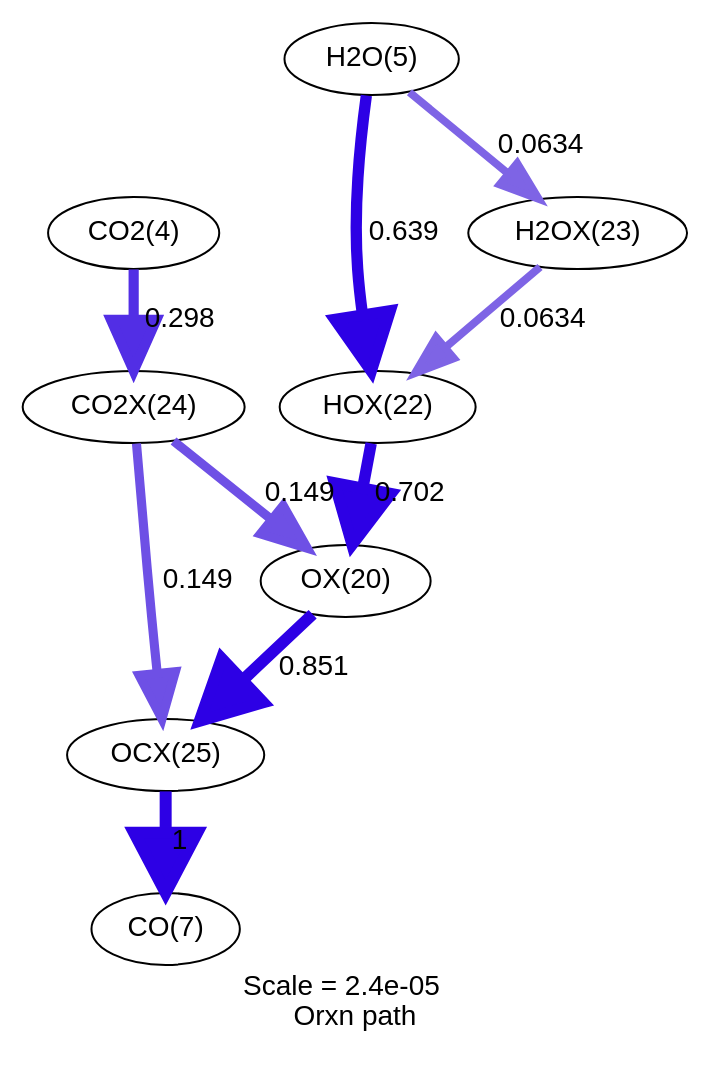
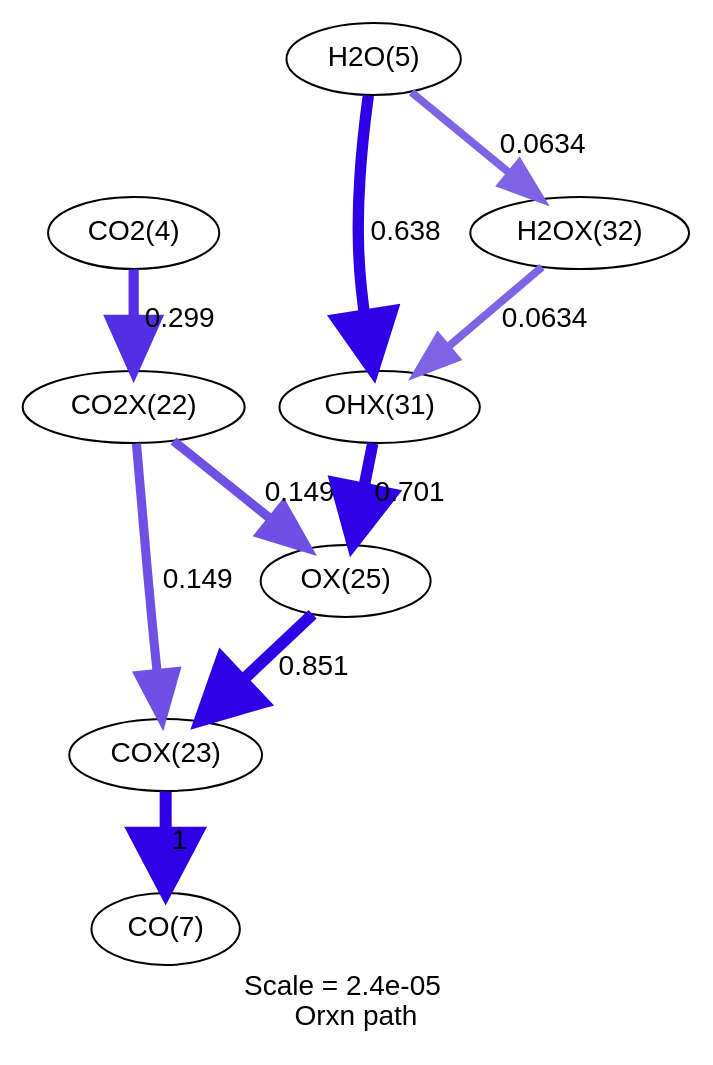
One commit to comocheng/cpox changed the diagram in rh/rxnpath/rxnpath-1.8-surf-11.96mm-O.dot. Above: the diagram before and after it, drawn with Graphviz. The commit also changed 539 other files, not shown here.

```diff
--- a/rh/rxnpath/rxnpath-1.8-surf-11.96mm-O.dot
+++ b/rh/rxnpath/rxnpath-1.8-surf-11.96mm-O.dot
@@ -1,31 +1,31 @@
 digraph reaction_paths {
 center=1;
-s31 -> s29[fontname="Helvetica", penwidth=5.73, arrowsize=2.87, color="0.7, 1.2, 0.9"
-, label=" 0.702"];
-s29 -> s34[fontname="Helvetica", penwidth=5.88, arrowsize=2.94, color="0.7, 1.35, 0.9"
+s5 -> s24[fontname="Helvetica", penwidth=5.09, arrowsize=2.54, color="0.7, 0.799, 0.9"
+, label=" 0.299"];
+s24 -> s25[fontname="Helvetica", penwidth=4.56, arrowsize=2.28, color="0.7, 0.649, 0.9"
+, label=" 0.149"];
+s24 -> s27[fontname="Helvetica", penwidth=4.56, arrowsize=2.28, color="0.7, 0.649, 0.9"
+, label=" 0.149"];
+s25 -> s8[fontname="Helvetica", penwidth=6, arrowsize=3, color="0.7, 1.5, 0.9"
+, label=" 1"];
+s27 -> s25[fontname="Helvetica", penwidth=5.88, arrowsize=2.94, color="0.7, 1.35, 0.9"
 , label=" 0.851"];
-s33 -> s29[fontname="Helvetica", penwidth=4.56, arrowsize=2.28, color="0.7, 0.649, 0.9"
-, label=" 0.149"];
-s6 -> s31[fontname="Helvetica", penwidth=5.66, arrowsize=2.83, color="0.7, 1.14, 0.9"
-, label=" 0.639"];
-s32 -> s31[fontname="Helvetica", penwidth=3.92, arrowsize=1.96, color="0.7, 0.563, 0.9"
+s33 -> s27[fontname="Helvetica", penwidth=5.73, arrowsize=2.87, color="0.7, 1.2, 0.9"
+, label=" 0.701"];
+s34 -> s33[fontname="Helvetica", penwidth=3.92, arrowsize=1.96, color="0.7, 0.563, 0.9"
 , label=" 0.0634"];
-s6 -> s32[fontname="Helvetica", penwidth=3.92, arrowsize=1.96, color="0.7, 0.563, 0.9"
+s6 -> s33[fontname="Helvetica", penwidth=5.66, arrowsize=2.83, color="0.7, 1.14, 0.9"
+, label=" 0.638"];
+s6 -> s34[fontname="Helvetica", penwidth=3.92, arrowsize=1.96, color="0.7, 0.563, 0.9"
 , label=" 0.0634"];
-s34 -> s8[fontname="Helvetica", penwidth=6, arrowsize=3, color="0.7, 1.5, 0.9"
-, label=" 1"];
-s33 -> s34[fontname="Helvetica", penwidth=4.56, arrowsize=2.28, color="0.7, 0.649, 0.9"
-, label=" 0.149"];
-s5 -> s33[fontname="Helvetica", penwidth=5.09, arrowsize=2.54, color="0.7, 0.798, 0.9"
-, label=" 0.298"];
 s5 [ fontname="Helvetica", label="CO2(4)"];
 s6 [ fontname="Helvetica", label="H2O(5)"];
 s8 [ fontname="Helvetica", label="CO(7)"];
-s29 [ fontname="Helvetica", label="OX(20)"];
-s31 [ fontname="Helvetica", label="HOX(22)"];
-s32 [ fontname="Helvetica", label="H2OX(23)"];
-s33 [ fontname="Helvetica", label="CO2X(24)"];
-s34 [ fontname="Helvetica", label="OCX(25)"];
+s24 [ fontname="Helvetica", label="CO2X(22)"];
+s25 [ fontname="Helvetica", label="COX(23)"];
+s27 [ fontname="Helvetica", label="OX(25)"];
+s33 [ fontname="Helvetica", label="OHX(31)"];
+s34 [ fontname="Helvetica", label="H2OX(32)"];
  label = "Scale = 2.4e-05\l Orxn path";
  fontname = "Helvetica";
 }
```
